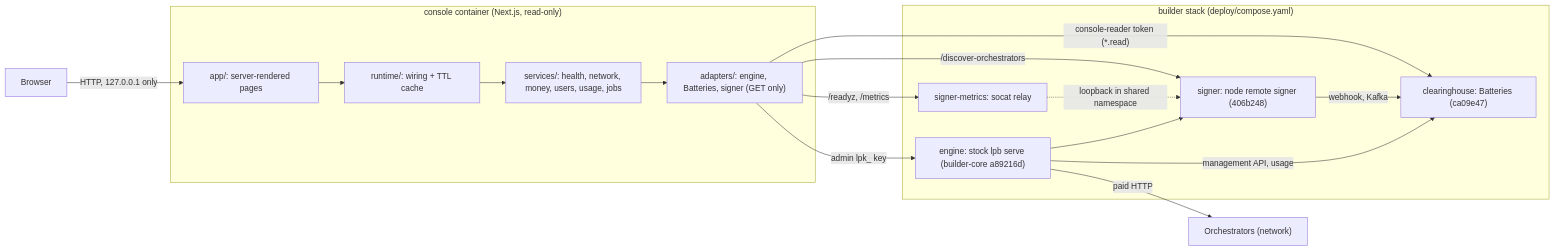
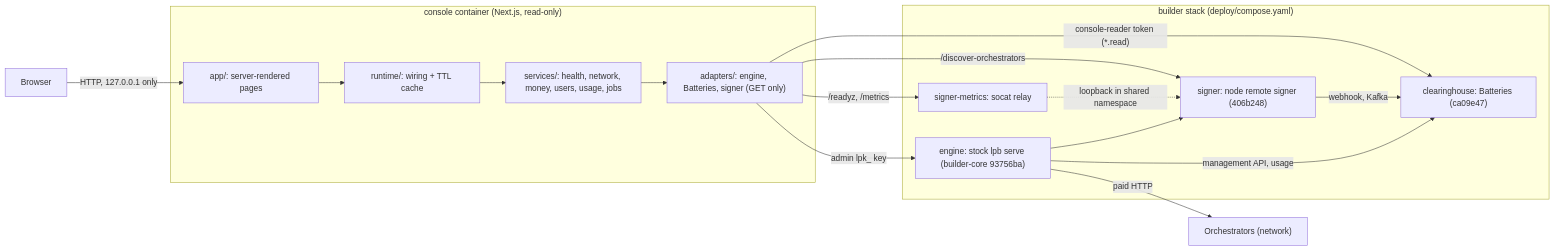
One commit to NE-Build-Track/builder-core-console changed the diagram in ARCHITECTURE.md. Above: the diagram before and after it, drawn with Mermaid. The commit also changed 13 other files, not shown here.

Commit message:
Phase 0: pin builder-core 93756ba and let this stack's grant desk fund grants (gap G12 recorded)

````diff
--- a/ARCHITECTURE.md
+++ b/ARCHITECTURE.md
@@ -6,25 +6,25 @@
 ```mermaid
 flowchart LR
     Browser["Browser"]
     subgraph Console["console container (Next.js, read-only)"]
         Pages["app/: server-rendered pages"]
         RT["runtime/: wiring + TTL cache"]
         SVC["services/: health, network, money, users, usage, jobs"]
         AD["adapters/: engine, Batteries, signer (GET only)"]
     end
     subgraph Stack["builder stack (deploy/compose.yaml)"]
-        Engine["engine: stock lpb serve (builder-core a89216d)"]
+        Engine["engine: stock lpb serve (builder-core 93756ba)"]
         Bat["clearinghouse: Batteries (ca09e47)"]
         Signer["signer: node remote signer (406b248)"]
         Relay["signer-metrics: socat relay"]
     end
     Orch["Orchestrators (network)"]
     Browser -->|"HTTP, 127.0.0.1 only"| Pages --> RT --> SVC --> AD
     AD -->|"admin lpk_ key"| Engine
     AD -->|"console-reader token (*.read)"| Bat
     AD -->|"/discover-orchestrators"| Signer
     AD -->|"/readyz, /metrics"| Relay -.->|"loopback in shared namespace"| Signer
     Engine --> Signer -->|"webhook, Kafka"| Bat
     Engine -->|"paid HTTP"| Orch
     Engine -->|"management API, usage"| Bat
 ```
````
